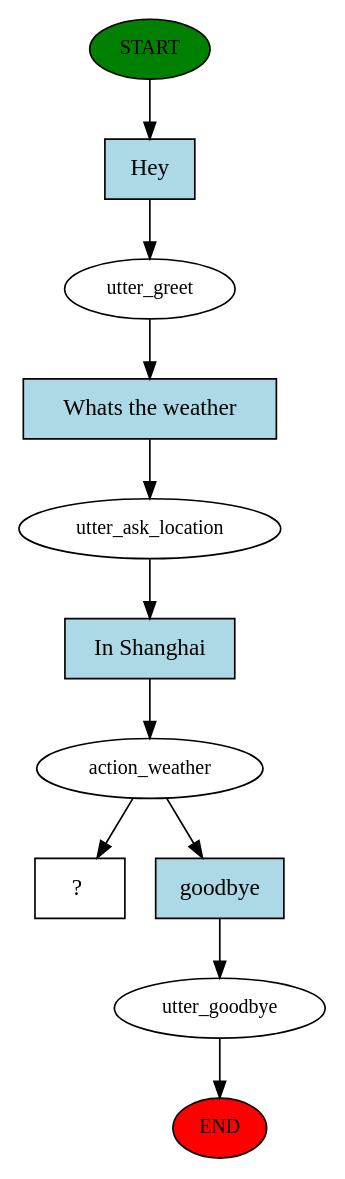
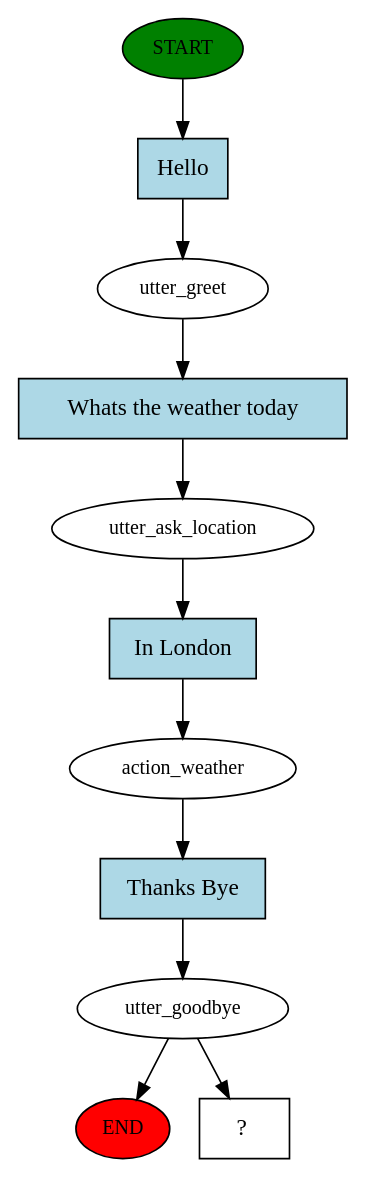
One commit to ChikkaUdayaSai/rasa_bot changed the diagram in story_graph.dot. Above: the diagram before and after it, drawn with Graphviz. The commit also changed 3 other files, not shown here.

```diff
--- a/story_graph.dot
+++ b/story_graph.dot
@@ -1,23 +1,23 @@
 digraph  {
 0 [class="start active", fillcolor=green, fontsize=12, label=START, style=filled];
 "-1" [class=end, fillcolor=red, fontsize=12, label=END, style=filled];
 1 [class=active, fontsize=12, label=utter_greet];
 2 [class=active, fontsize=12, label=utter_ask_location];
 3 [class=active, fontsize=12, label=action_weather];
-4 [class="", fontsize=12, label=utter_goodbye];
-8 [class="intent dashed active", label="  ?  ", shape=rect];
-9 [class="intent active", fillcolor=lightblue, label=Hey, shape=rect, style=filled];
-10 [class="intent active", fillcolor=lightblue, label="Whats the weather", shape=rect, style=filled];
-11 [class="intent active", fillcolor=lightblue, label="In Shanghai", shape=rect, style=filled];
-12 [class=intent, fillcolor=lightblue, label=goodbye, shape=rect, style=filled];
-0 -> 9  [class=active, key=0];
-1 -> 10  [class=active, key=0];
-2 -> 11  [class=active, key=0];
-3 -> 8  [class=active, key=NONE, label=""];
-3 -> 12  [class="", key=0];
+4 [class=active, fontsize=12, label=utter_goodbye];
+9 [class="intent dashed active", label="  ?  ", shape=rect];
+10 [class="intent active", fillcolor=lightblue, label=Hello, shape=rect, style=filled];
+11 [class="intent active", fillcolor=lightblue, label="Whats the weather today", shape=rect, style=filled];
+12 [class="intent active", fillcolor=lightblue, label="In London", shape=rect, style=filled];
+13 [class="intent active", fillcolor=lightblue, label="Thanks Bye", shape=rect, style=filled];
+0 -> 10  [class=active, key=0];
+1 -> 11  [class=active, key=0];
+2 -> 12  [class=active, key=0];
+3 -> 13  [class=active, key=0];
 4 -> "-1"  [class="", key=NONE, label=""];
-9 -> 1  [class=active, key=0];
-10 -> 2  [class=active, key=0];
-11 -> 3  [class=active, key=0];
-12 -> 4  [class="", key=0];
+4 -> 9  [class=active, key=NONE, label=""];
+10 -> 1  [class=active, key=0];
+11 -> 2  [class=active, key=0];
+12 -> 3  [class=active, key=0];
+13 -> 4  [class=active, key=0];
 }
```
